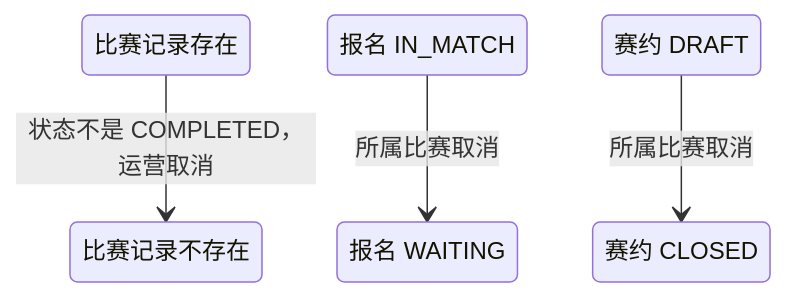
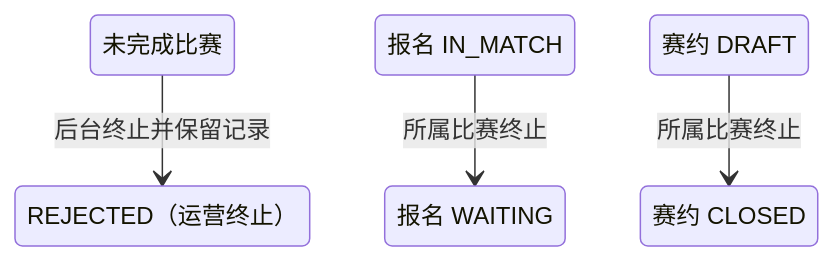
The diagram in blueprint/product/tournament/single-match-cancel.md (chxt100016/Rally), drawn with Mermaid before and after one commit. The commit also changed other lines of this file and 46 other files, not shown here.

````diff
--- a/blueprint/product/tournament/single-match-cancel.md
+++ b/blueprint/product/tournament/single-match-cancel.md
@@ -68,14 +50,14 @@
 ```mermaid
 stateDiagram-v2
-    state "比赛记录存在" as MATCH_EXISTS
-    state "比赛记录不存在" as MATCH_DELETED
-    MATCH_EXISTS --> MATCH_DELETED : 状态不是 COMPLETED，运营取消
+    state "未完成比赛" as ACTIVE_MATCH
+    state "REJECTED（运营终止）" as REJECTED_MATCH
+    ACTIVE_MATCH --> REJECTED_MATCH : 后台终止并保留记录
 
     state "报名 IN_MATCH" as ENTRY_IN_MATCH
     state "报名 WAITING" as ENTRY_WAITING
-    ENTRY_IN_MATCH --> ENTRY_WAITING : 所属比赛取消
+    ENTRY_IN_MATCH --> ENTRY_WAITING : 所属比赛终止
 
     state "赛约 DRAFT" as MEETUP_DRAFT
     state "赛约 CLOSED" as MEETUP_CLOSED
-    MEETUP_DRAFT --> MEETUP_CLOSED : 所属比赛取消
+    MEETUP_DRAFT --> MEETUP_CLOSED : 所属比赛终止
 ```
````
